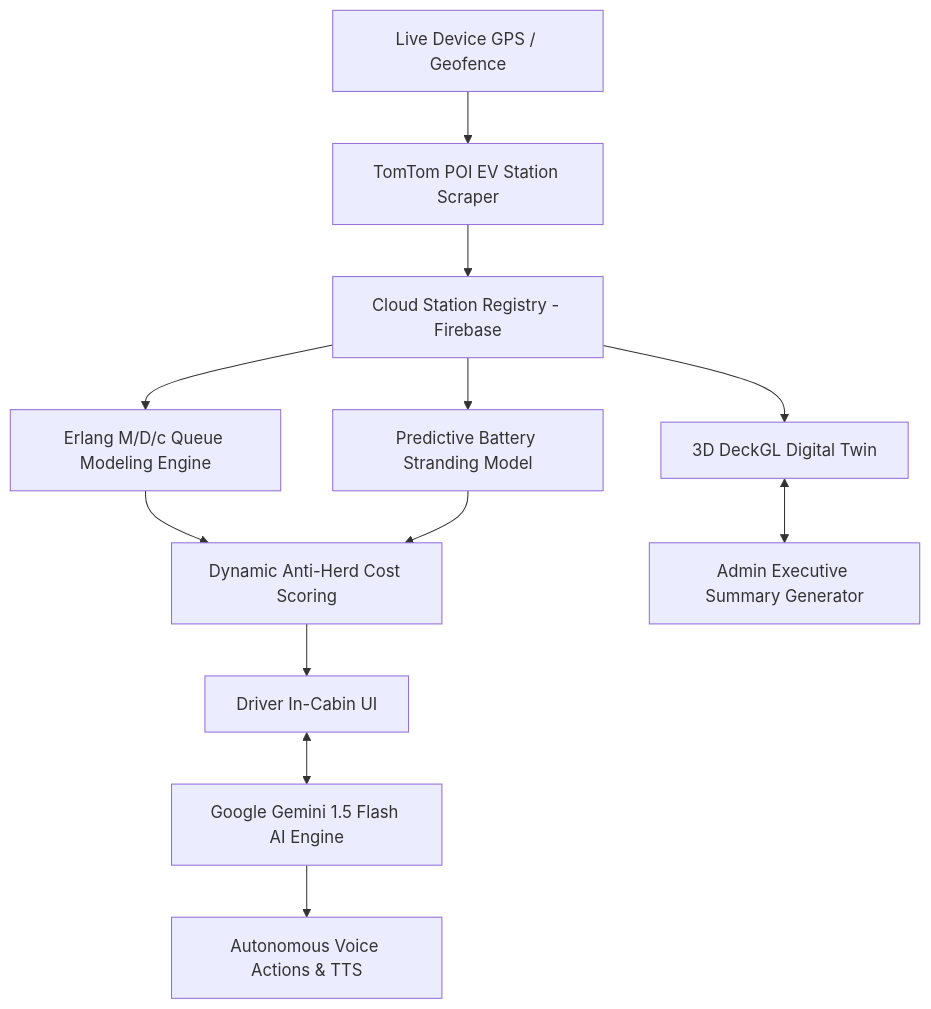
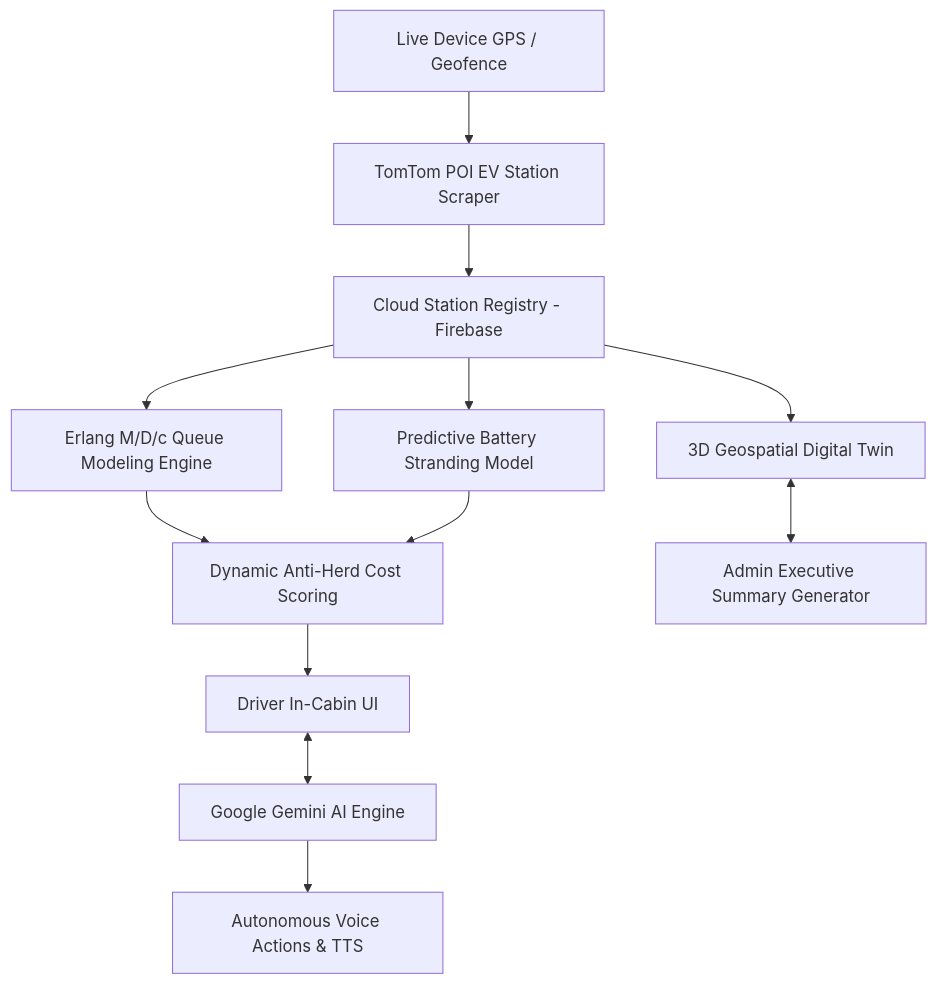
Before and after one commit to Vishal-WD/Zeus: the diagram in README.md, drawn with Mermaid. The commit also changed other lines of this file, not shown here.

````diff
--- a/README.md
+++ b/README.md
@@ -81,13 +178,13 @@
 ```mermaid
 graph TD
     A[Live Device GPS / Geofence] --> B[TomTom POI EV Station Scraper]
     B --> C[Cloud Station Registry - Firebase]
     C --> D[Erlang M/D/c Queue Modeling Engine]
     C --> E[Predictive Battery Stranding Model]
     D & E --> F[Dynamic Anti-Herd Cost Scoring]
     F --> G[Driver In-Cabin UI]
-    G <--> H[Google Gemini 1.5 Flash AI Engine]
+    G <--> H[Google Gemini AI Engine]
     H --> I[Autonomous Voice Actions & TTS]
-    C --> J[3D DeckGL Digital Twin]
+    C --> J[3D Geospatial Digital Twin]
     J <--> K[Admin Executive Summary Generator]
 ```
````
